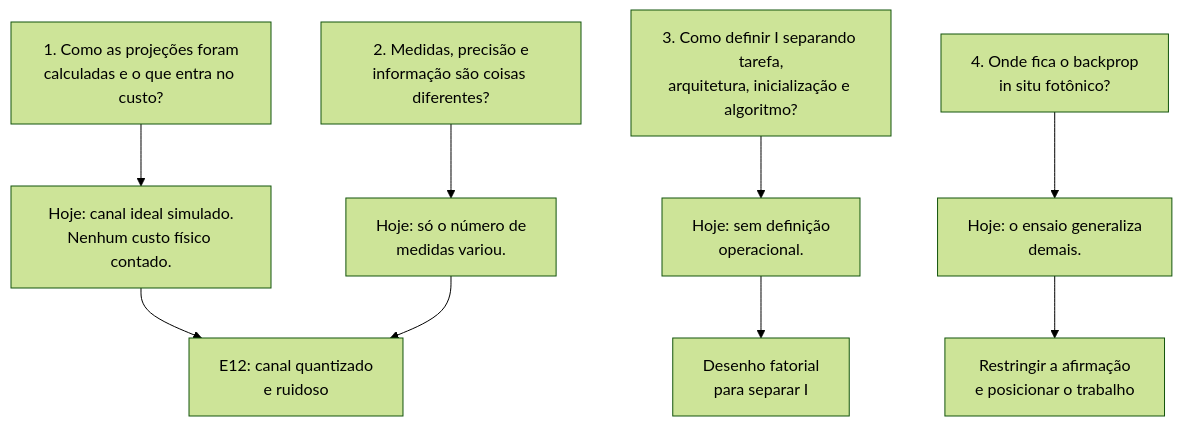
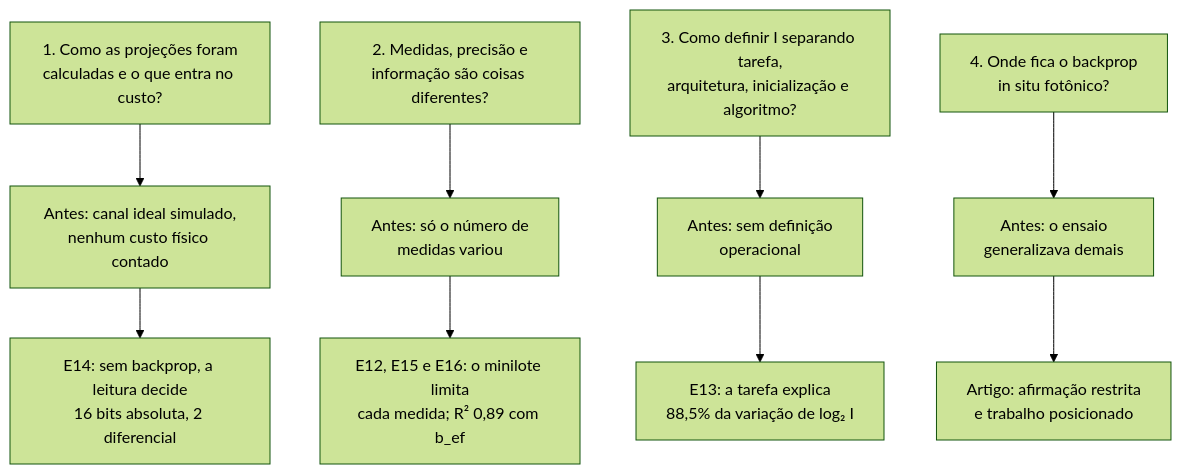
The first of 2 diagrams in docs/03-questoes-abertas.md (matheuscbs/quantcomput), drawn with Mermaid (forest theme) before and after one commit. The commit also changed other lines of this file and 16 other files, not shown here.

````diff
--- a/docs/03-questoes-abertas.md
+++ b/docs/03-questoes-abertas.md
@@ -7,11 +7,11 @@
 ```mermaid
 flowchart TD
-    Q1["1. Como as projeções foram<br/>calculadas e o que entra no custo?"] --> L1["Hoje: canal ideal simulado.<br/>Nenhum custo físico contado."]
-    Q2["2. Medidas, precisão e<br/>informação são coisas diferentes?"] --> L2["Hoje: só o número de<br/>medidas variou."]
-    Q3["3. Como definir I separando tarefa,<br/>arquitetura, inicialização e algoritmo?"] --> L3["Hoje: sem definição<br/>operacional."]
-    Q4["4. Onde fica o backprop<br/>in situ fotônico?"] --> L4["Hoje: o ensaio generaliza<br/>demais."]
-    L1 --> E12["E12: canal quantizado<br/>e ruidoso"]
-    L2 --> E12
-    L3 --> E13["Desenho fatorial<br/>para separar I"]
-    L4 --> R["Restringir a afirmação<br/>e posicionar o trabalho"]
+    Q1["1. Como as projeções foram<br/>calculadas e o que entra no custo?"] --> L1["Antes: canal ideal simulado,<br/>nenhum custo físico contado"]
+    Q2["2. Medidas, precisão e<br/>informação são coisas diferentes?"] --> L2["Antes: só o número de<br/>medidas variou"]
+    Q3["3. Como definir I separando tarefa,<br/>arquitetura, inicialização e algoritmo?"] --> L3["Antes: sem definição<br/>operacional"]
+    Q4["4. Onde fica o backprop<br/>in situ fotônico?"] --> L4["Antes: o ensaio<br/>generalizava demais"]
+    L1 --> R1["E14: sem backprop, a leitura decide<br/>16 bits absoluta, 2 diferencial"]
+    L2 --> R2["E12, E15 e E16: o minilote limita<br/>cada medida; R² 0,89 com b_ef"]
+    L3 --> R3["E13: a tarefa explica<br/>88,5% da variação de log₂ I"]
+    L4 --> R4["Artigo: afirmação restrita<br/>e trabalho posicionado"]
 ```
````
